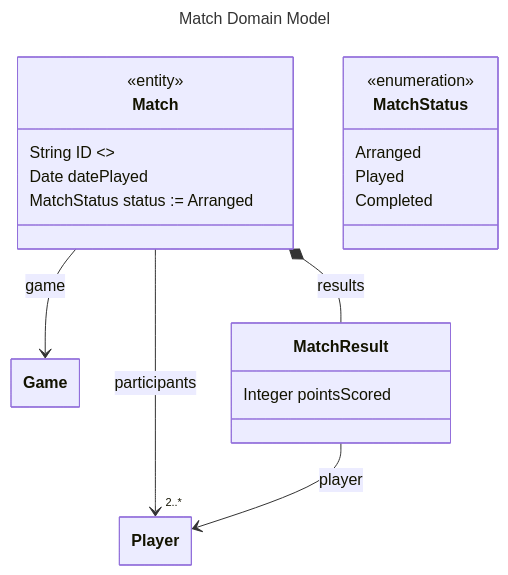
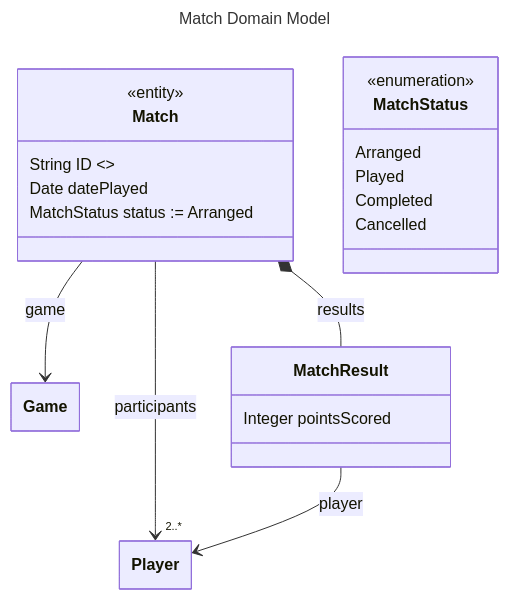
Before and after one commit to AdrianMiley/War-Games-League: the first of 2 diagrams in design/data/match.md, drawn with Mermaid. The commit also changed other lines of this file and 1 other file, not shown here.

````diff
--- a/design/data/match.md
+++ b/design/data/match.md
@@ -9,33 +11,34 @@
 ```mermaid
 ---
   title: Match Domain Model
   config:
     class:
       hideEmptyMembersBox: true
 ---
 %%    namespace "match"
 %%    import "design/data/game/Game" as Game
 %%    import "design/data/player/Player" as Player
 classDiagram
     class Match{
         <<entity>>
         String ID <<key>>
         Date datePlayed    
         MatchStatus status := Arranged
     }
     Match --> Game : game
     Match --> "2..*" Player : participants
     
     class MatchResult {
         Integer pointsScored
     }
     Match *-- MatchResult : results
     MatchResult --> Player : player
     
     class MatchStatus {
         <<enumeration>>
         Arranged
         Played
         Completed
+        Cancelled
     }
 ```
````
